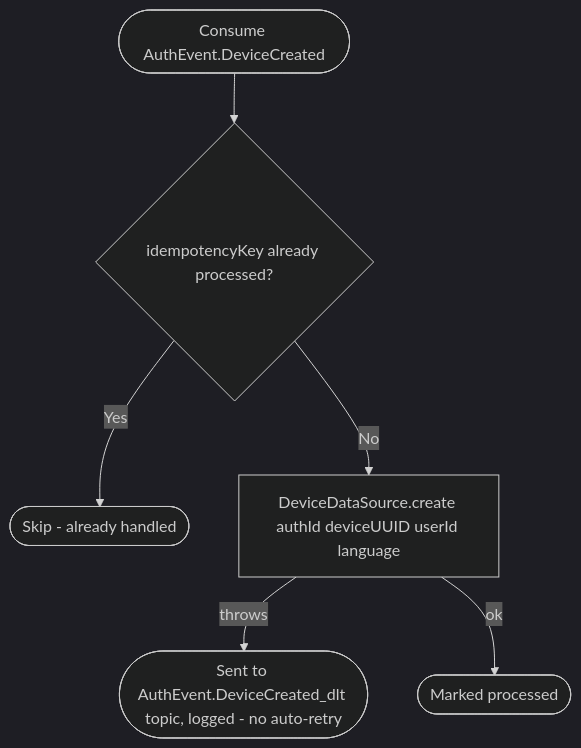
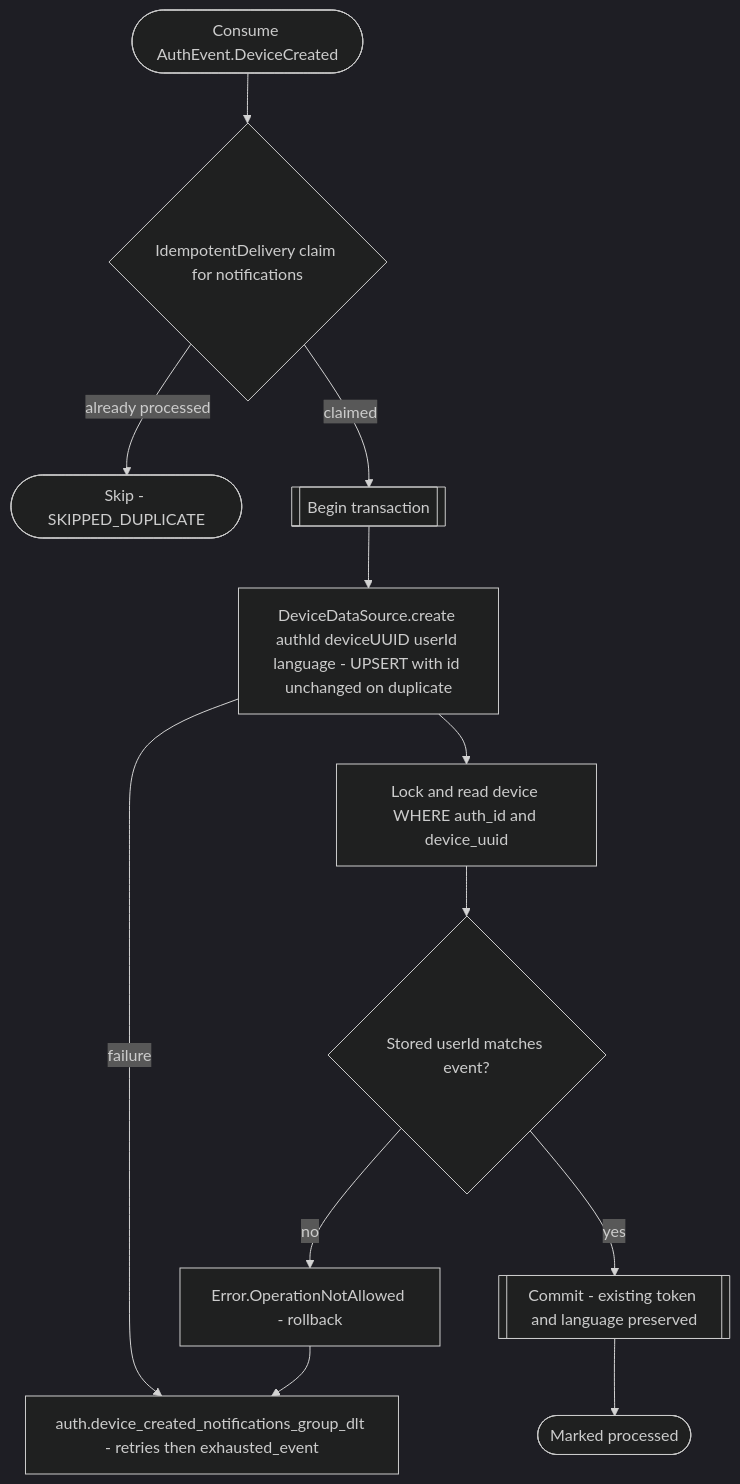
The diagram in docs/operations/notifications/on-device-created.md (nocturneproperties/bookkme), drawn with Mermaid (dark theme) before and after one commit. The commit also changed other lines of this file and 51 other files, not shown here.

````diff
--- a/docs/operations/notifications/on-device-created.md
+++ b/docs/operations/notifications/on-device-created.md
@@ -11,8 +7,14 @@
 ```mermaid
 flowchart TD
-    Start([Consume AuthEvent.DeviceCreated]) --> Dedup{idempotencyKey already processed?}
-    Dedup -- Yes --> Skip([Skip - already handled])
-    Dedup -- No --> Create[DeviceDataSource.create authId deviceUUID userId language]
-    Create -- throws --> Dlt([Sent to AuthEvent.DeviceCreated_dlt topic, logged - no auto-retry])
-    Create -- ok --> Ack([Marked processed])
+    Start([Consume AuthEvent.DeviceCreated]) --> Claim{IdempotentDelivery claim for notifications}
+    Claim -- already processed --> Skip([Skip - SKIPPED_DUPLICATE])
+    Claim -- claimed --> Tx[[Begin transaction]]
+    Tx --> Create["DeviceDataSource.create authId deviceUUID userId language - UPSERT with id unchanged on duplicate"]
+    Create --> Read["Lock and read device WHERE auth_id and device_uuid"]
+    Read --> Owner{Stored userId matches event?}
+    Owner -- no --> Error[Error.OperationNotAllowed - rollback]
+    Owner -- yes --> Commit[[Commit - existing token and language preserved]]
+    Commit --> Ack([Marked processed])
+    Create -- failure --> Retry["auth.device_created_notifications_group_dlt - retries then exhausted_event"]
+    Error --> Retry
 ```
````
